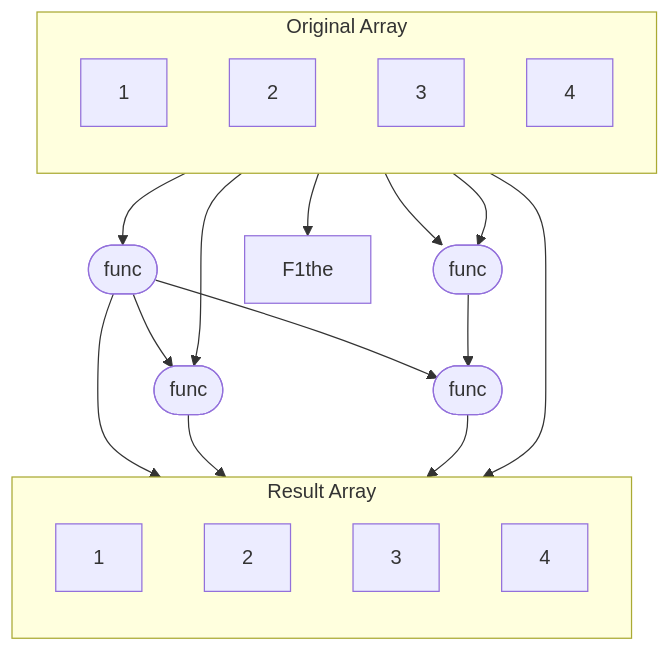
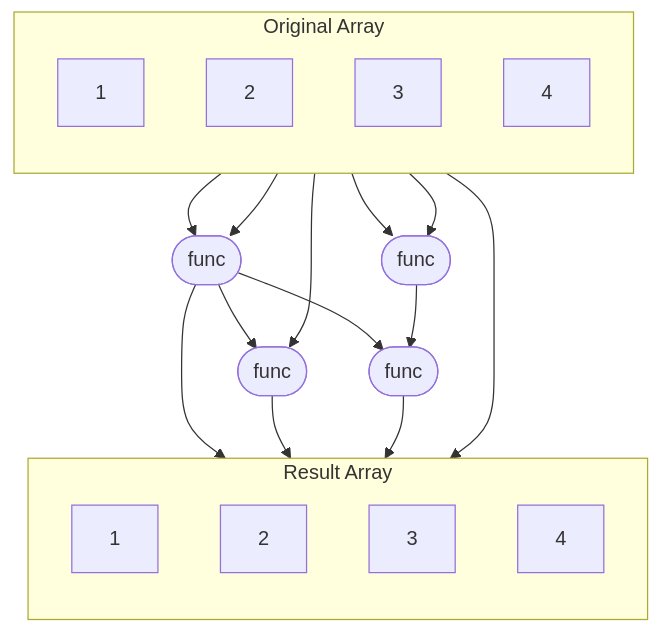
One commit to titilda/appunti changed the seventh of 14 diagrams in Advanced Algorithm and Parallel Programming/index.md. Above: the diagram before and after it, drawn with Mermaid. The commit also changed other lines of this file, not shown here.

````diff
--- a/Advanced Algorithm and Parallel Programming/index.md
+++ b/Advanced Algorithm and Parallel Programming/index.md
@@ -1838,33 +1022,33 @@
 ```mermaid
 flowchart TB
     subgraph Original Array
         direction TB
         A1[1]
         A2[2]
         A3[3]
         A4[4]
     end
 
     F1([ func ])
     F2([ func ])
     F3([ func ])
     F4([ func ])
 
     subgraph Result Array
         direction TB
         R1[ 1 ]
         R2[ 2 ]
         R3[ 3 ]
         R4[ 4 ]
     end
 
     A1 --> R1
-    A1 --> F1the
+    A1 --> F1
     A2 --> F1 --> R2
     A3 --> F3
     F1 --> F3 --> R3
     A3 --> F2
     A4 --> F2
     F1 --> F4
     F2 --> F4 --> R4
 ```
````
